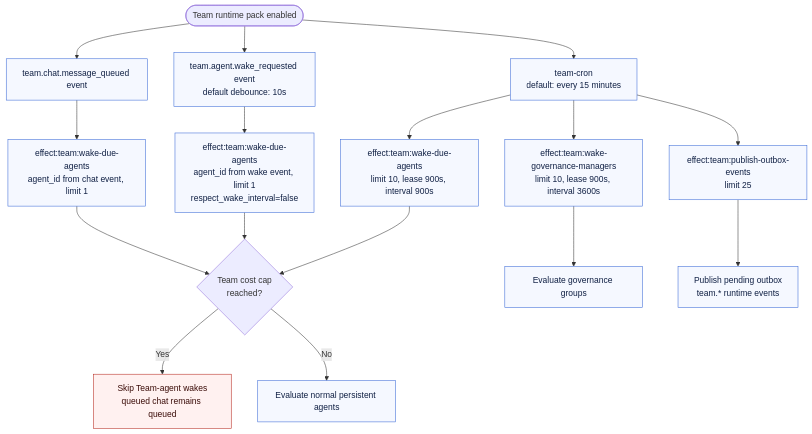
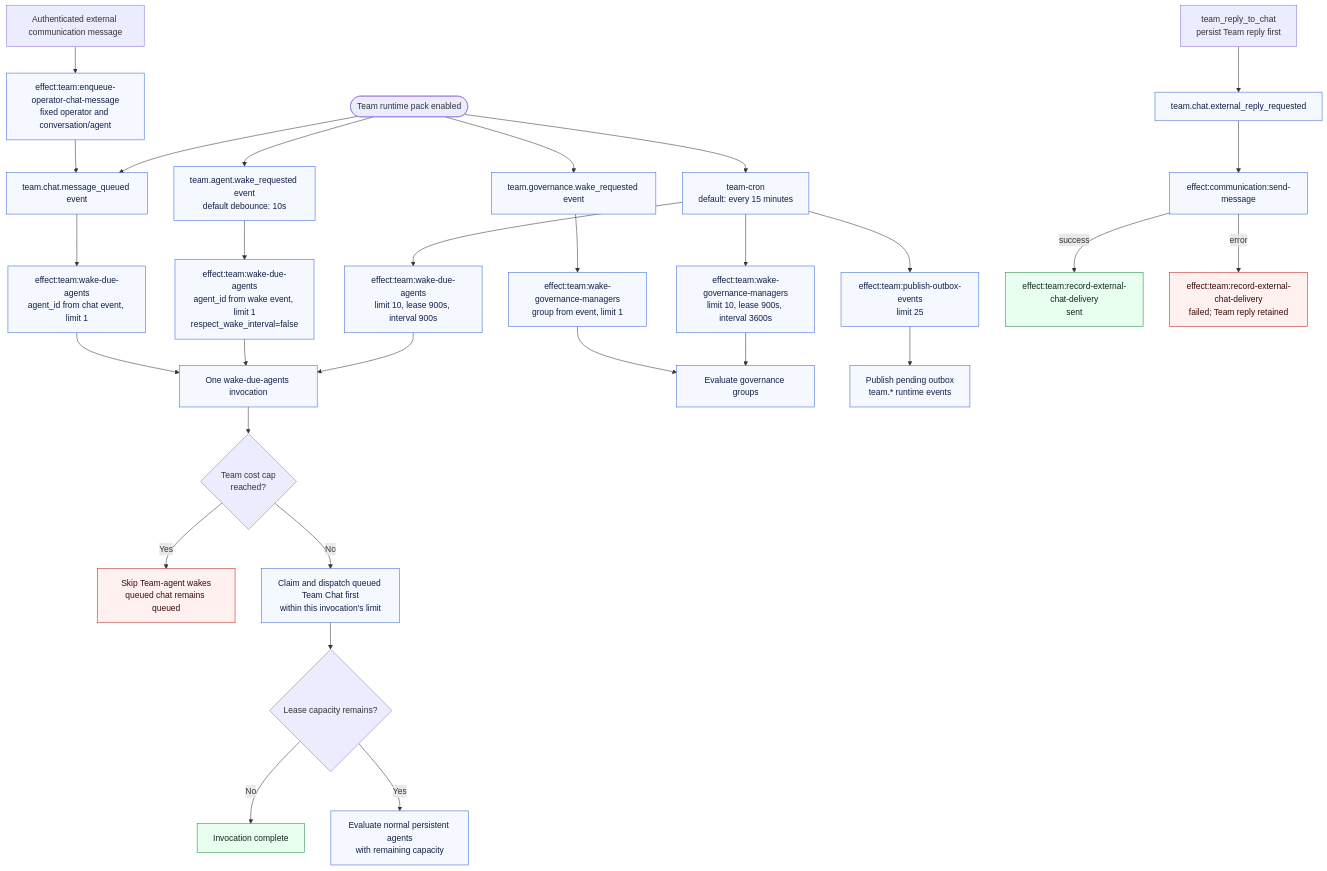
One commit to QuinthSoftwareSolutions/evander changed the first of 10 diagrams in docs/team-addon-wake-decision-tree.md. Above: the diagram before and after it, drawn with Mermaid. The commit also changed other lines of this file and 25 other files, not shown here.

````diff
--- a/docs/team-addon-wake-decision-tree.md
+++ b/docs/team-addon-wake-decision-tree.md
@@ -17,29 +19,45 @@
 ```mermaid
 flowchart TD
     start([Team runtime pack enabled])
 
     start --> cron["team-cron<br/>default: every 15 minutes"]
     start --> wake_event["team.agent.wake_requested event<br/>default debounce: 10s"]
     start --> chat_event["team.chat.message_queued event"]
+    start --> gov_event["team.governance.wake_requested event"]
 
     cron --> normal_effect["effect:team:wake-due-agents<br/>limit 10, lease 900s, interval 900s"]
     wake_event --> requested_effect["effect:team:wake-due-agents<br/>agent_id from wake event, limit 1<br/>respect_wake_interval=false"]
     chat_event --> chat_effect["effect:team:wake-due-agents<br/>agent_id from chat event, limit 1"]
     cron --> gov_effect["effect:team:wake-governance-managers<br/>limit 10, lease 900s, interval 3600s"]
+    gov_event --> gov_requested_effect["effect:team:wake-governance-managers<br/>group from event, limit 1"]
     cron --> outbox_effect["effect:team:publish-outbox-events<br/>limit 25"]
 
-    normal_effect --> cost_guard{"Team cost cap<br/>reached?"}
-    requested_effect --> cost_guard
-    chat_effect --> cost_guard
+    normal_effect --> wake_invocation
+    requested_effect --> wake_invocation
+    chat_effect --> wake_invocation
+    wake_invocation["One wake-due-agents invocation"] --> cost_guard{"Team cost cap<br/>reached?"}
     cost_guard -->|Yes| cost_skip["Skip Team-agent wakes<br/>queued chat remains queued"]
-    cost_guard -->|No| normal_tree["Evaluate normal persistent agents"]
+    cost_guard -->|No| chat_first["Claim and dispatch queued Team Chat first<br/>within this invocation's limit"]
+    chat_first --> capacity{"Lease capacity remains?"}
+    capacity -->|No| wake_done["Invocation complete"]
+    capacity -->|Yes| normal_tree["Evaluate normal persistent agents<br/>with remaining capacity"]
 
     gov_effect --> gov_tree["Evaluate governance groups"]
+    gov_requested_effect --> gov_tree
     outbox_effect --> outbox["Publish pending outbox<br/>team.* runtime events"]
+
+    external_message["Authenticated external communication message"] --> bridge["effect:team:enqueue-operator-chat-message<br/>fixed operator and conversation/agent"]
+    bridge --> chat_event
+
+    agent_reply["team_reply_to_chat<br/>persist Team reply first"] --> external_reply["team.chat.external_reply_requested"]
+    external_reply --> send_external["effect:communication:send-message"]
+    send_external -->|success| record_sent["effect:team:record-external-chat-delivery<br/>sent"]
+    send_external -->|error| record_failed["effect:team:record-external-chat-delivery<br/>failed; Team reply retained"]
 
     classDef wake fill:#e8fff0,stroke:#208a42,color:#102a16;
     classDef skip fill:#fff1f0,stroke:#b42318,color:#3a0b07;
     classDef process fill:#f5f8ff,stroke:#3867d6,color:#102044;
-    class normal_effect,requested_effect,chat_effect,gov_effect,outbox_effect,normal_tree,gov_tree,outbox,cron,wake_event,chat_event process;
-    class cost_skip skip;
+    class normal_effect,requested_effect,chat_effect,gov_effect,gov_requested_effect,outbox_effect,wake_invocation,chat_first,normal_tree,gov_tree,outbox,cron,wake_event,chat_event,gov_event,bridge,external_reply,send_external process;
+    class record_sent,wake_done wake;
+    class cost_skip,record_failed skip;
 ```
````
